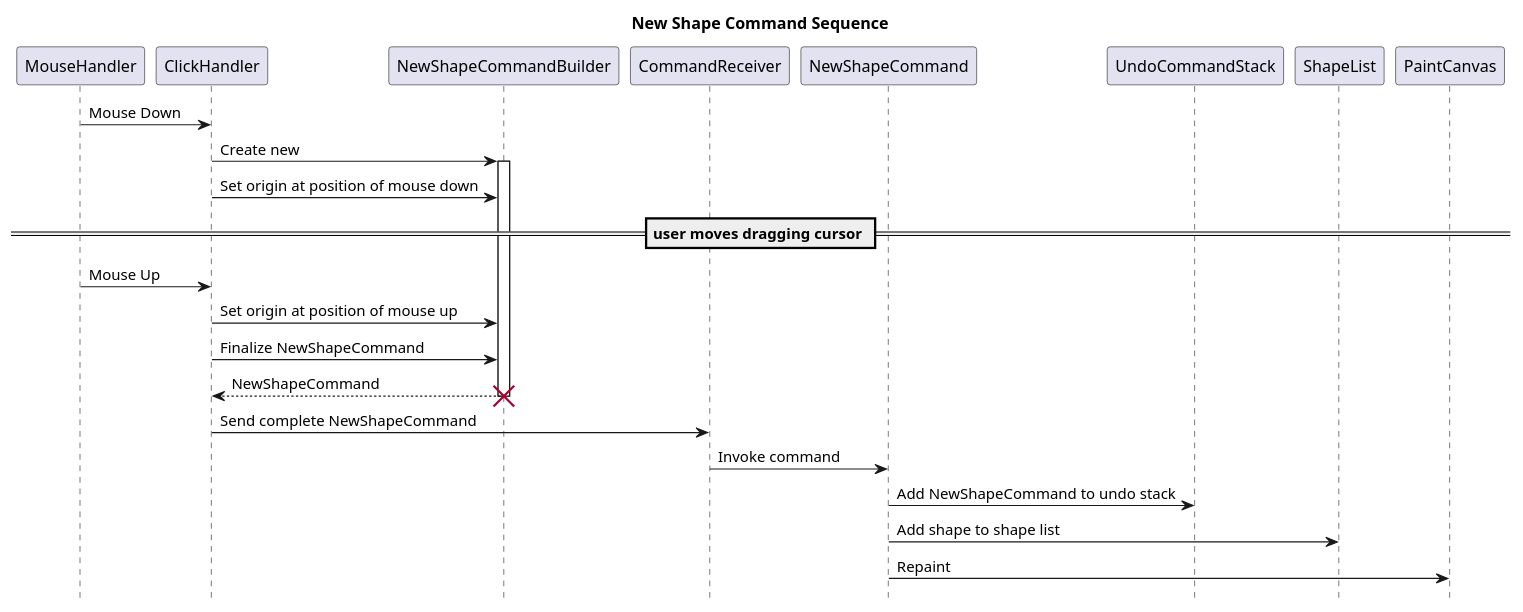
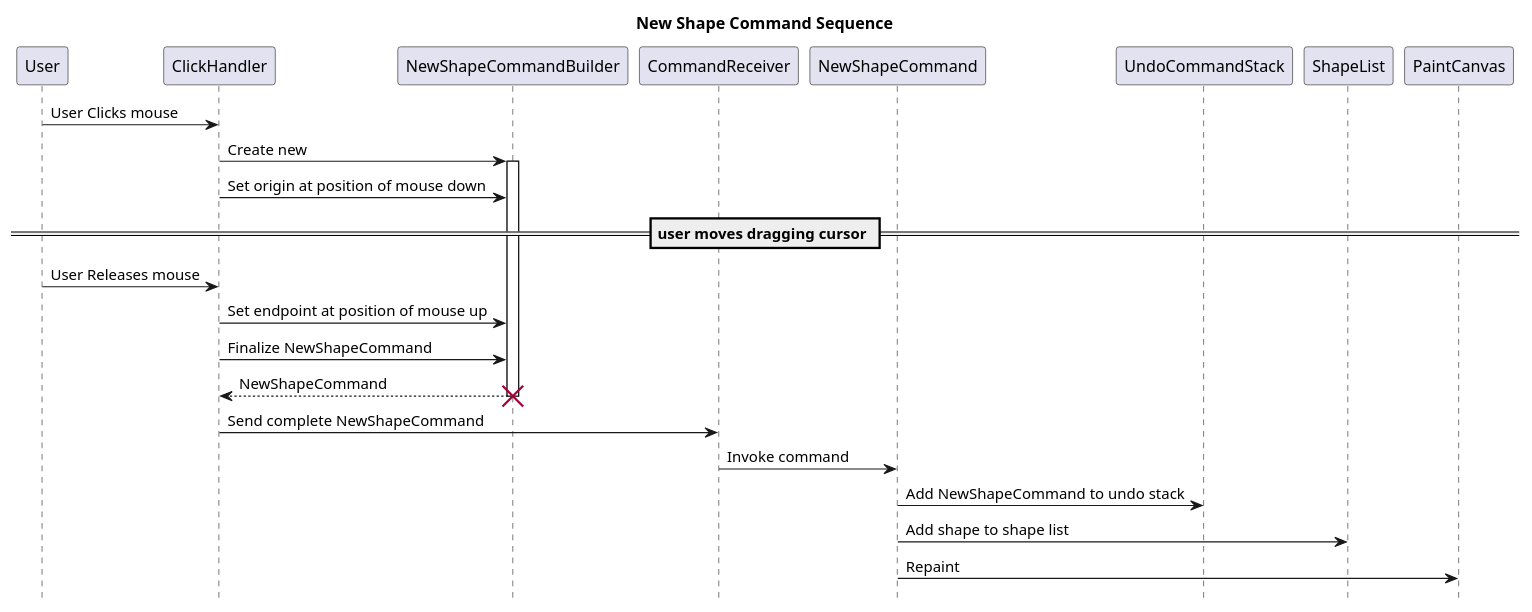
The diagram in documentation/new shape sequence diagram.plantuml (johnsmillie-portfolio/SE450-JPaint), drawn with PlantUML before and after one commit. The commit also changed 8 other files, not shown here.

Commit message:
Diagrams fixup and command reshuffling

```diff
--- a/documentation/new shape sequence diagram.plantuml
+++ b/documentation/new shape sequence diagram.plantuml
@@ -1,20 +1,20 @@
 @startuml Command Sequence
 title New Shape Command Sequence
 hide footbox
 
-MouseHandler -> ClickHandler: Mouse Down
+User -> ClickHandler: User Clicks mouse
 ClickHandler -> NewShapeCommandBuilder: Create new
 activate NewShapeCommandBuilder
 ClickHandler -> NewShapeCommandBuilder: Set origin at position of mouse down
 == user moves dragging cursor ==        
-MouseHandler -> ClickHandler: Mouse Up
-ClickHandler -> NewShapeCommandBuilder: Set origin at position of mouse up
+User -> ClickHandler: User Releases mouse
+ClickHandler -> NewShapeCommandBuilder: Set endpoint at position of mouse up
 ClickHandler -> NewShapeCommandBuilder: Finalize NewShapeCommand
 return NewShapeCommand
 destroy NewShapeCommandBuilder
 ClickHandler -> CommandReceiver: Send complete NewShapeCommand
 CommandReceiver -> NewShapeCommand: Invoke command
 NewShapeCommand -> UndoCommandStack: Add NewShapeCommand to undo stack
 NewShapeCommand -> ShapeList: Add shape to shape list
 NewShapeCommand -> PaintCanvas: Repaint
 @enduml
```
